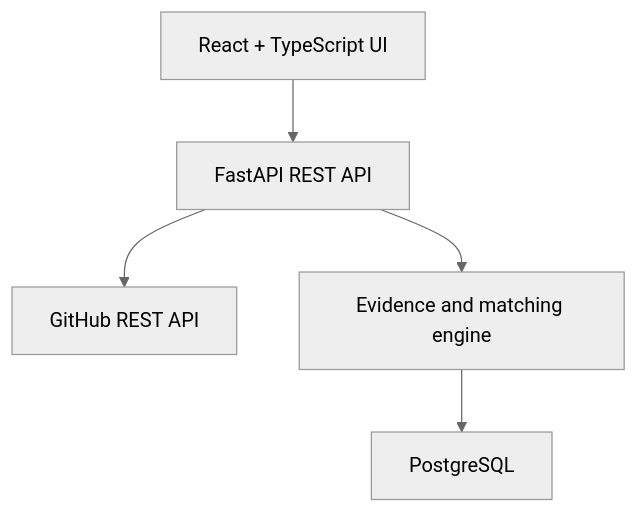
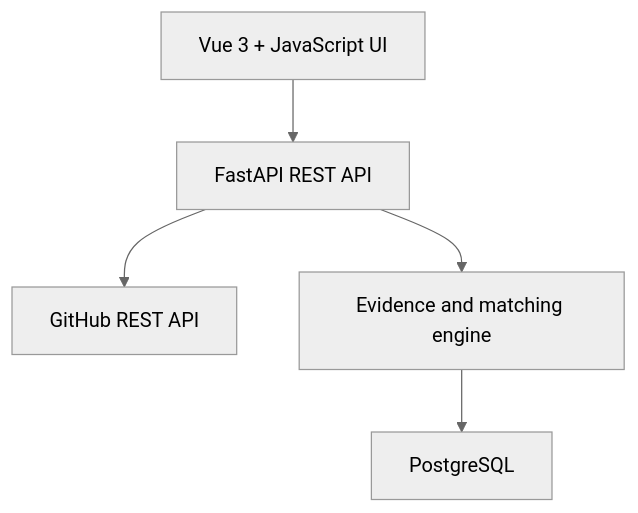
One commit to Yash-Stark21/SkillProof changed the diagram in Implementation.md. Above: the diagram before and after it, drawn with Mermaid (neutral theme). The commit also changed other lines of this file and 58 other files, not shown here.

Commit message:
Adopt Vue JavaScript client in SkillProof docs

````diff
--- a/Implementation.md
+++ b/Implementation.md
@@ -7,7 +7,7 @@
 ```mermaid
 flowchart TD
-    UI["React + TypeScript UI"] --> API["FastAPI REST API"]
+    UI["Vue 3 + JavaScript UI"] --> API["FastAPI REST API"]
     API --> GH["GitHub REST API"]
     API --> EN["Evidence and matching engine"]
     EN --> DB["PostgreSQL"]
 ```
````
